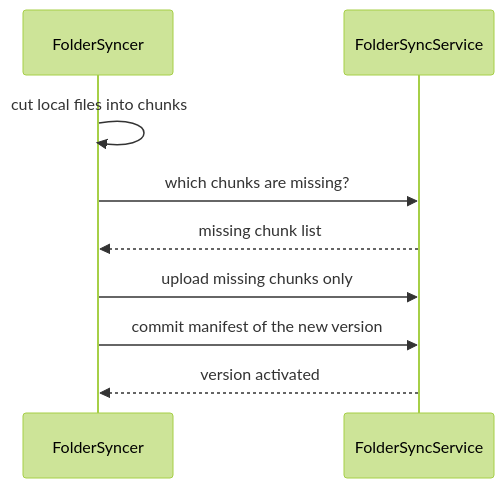
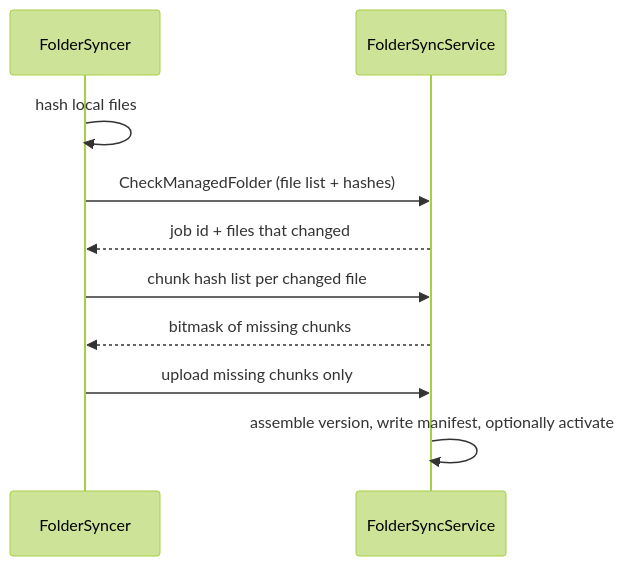
The diagram in SysWeaver.FolderSync/README.md (dosh1974/SysWeaver), drawn with Mermaid (forest theme) before and after one commit. The commit also changed other lines of this file and 532 other files, not shown here.

````diff
--- a/SysWeaver.FolderSync/README.md
+++ b/SysWeaver.FolderSync/README.md
@@ -18,11 +18,12 @@
 ```mermaid
 sequenceDiagram
   participant C as FolderSyncer
   participant S as FolderSyncService
-  C->>C: cut local files into chunks
-  C->>S: which chunks are missing?
-  S-->>C: missing chunk list
+  C->>C: hash local files
+  C->>S: CheckManagedFolder (file list + hashes)
+  S-->>C: job id + files that changed
+  C->>S: chunk hash list per changed file
+  S-->>C: bitmask of missing chunks
   C->>S: upload missing chunks only
-  C->>S: commit manifest of the new version
-  S-->>C: version activated
+  S->>S: assemble version, write manifest, optionally activate
 ```
````
